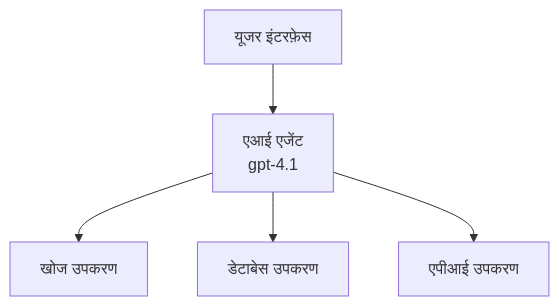
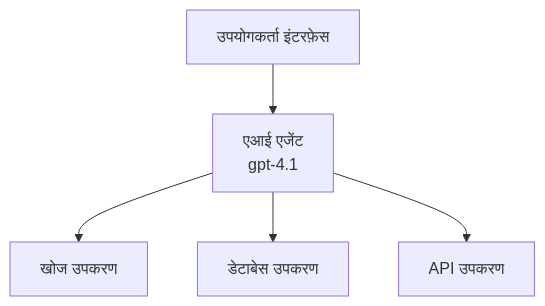
Before and after one commit to microsoft/AZD-for-beginners: the first of 3 diagrams in translations/hi/docs/chapter-02-ai-development/agents.md, drawn with Mermaid. The commit also changed other lines of this file and 104 other files, not shown here.

````diff
--- a/translations/hi/docs/chapter-02-ai-development/agents.md
+++ b/translations/hi/docs/chapter-02-ai-development/agents.md
@@ -157,7 +162,7 @@
 ```mermaid
 graph TD
-    UI[यूजर इंटरफ़ेस] --> Agent[एआई एजेंट<br/>gpt-4.1]
+    UI[उपयोगकर्ता इंटरफ़ेस] --> Agent[एआई एजेंट<br/>gpt-4.1]
     Agent --> Search[खोज उपकरण]
     Agent --> Database[डेटाबेस उपकरण]
-    Agent --> API[एपीआई उपकरण]
+    Agent --> API[API उपकरण]
 ```
````
